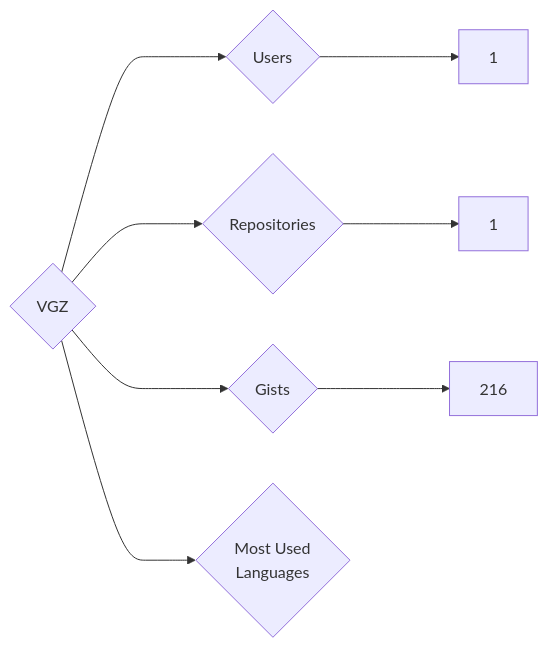
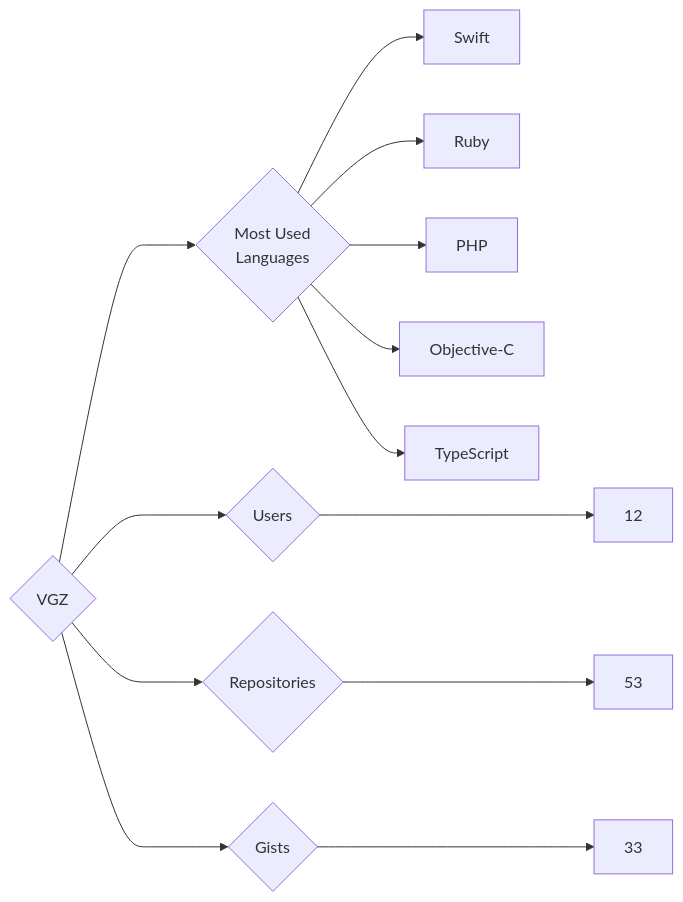
The diagram in targets/VGZ/README.md (trickest/insiders), drawn with Mermaid before and after one commit. The commit also changed 903 other files, not shown here.

````diff
--- a/targets/VGZ/README.md
+++ b/targets/VGZ/README.md
@@ -3,8 +3,13 @@
 ```mermaid
 graph LR
 COMPANY_NAME{VGZ}
-COMPANY_NAME ---> U{Users} ---> UN[1]
-COMPANY_NAME ---> R{Repositories} ---> RN[1]
-COMPANY_NAME ---> G{Gists} ---> GN[216]
+COMPANY_NAME ---> U{Users} ---> UN[12]
+COMPANY_NAME ---> R{Repositories} ---> RN[53]
+COMPANY_NAME ---> G{Gists} ---> GN[33]
 COMPANY_NAME ---> ML{Most Used<br>Languages}
+ML --> Swift[Swift]
+ML --> Ruby[Ruby]
+ML --> PHP[PHP]
+ML --> Objective-C[Objective-C]
+ML --> TypeScript[TypeScript]
 ```
````
